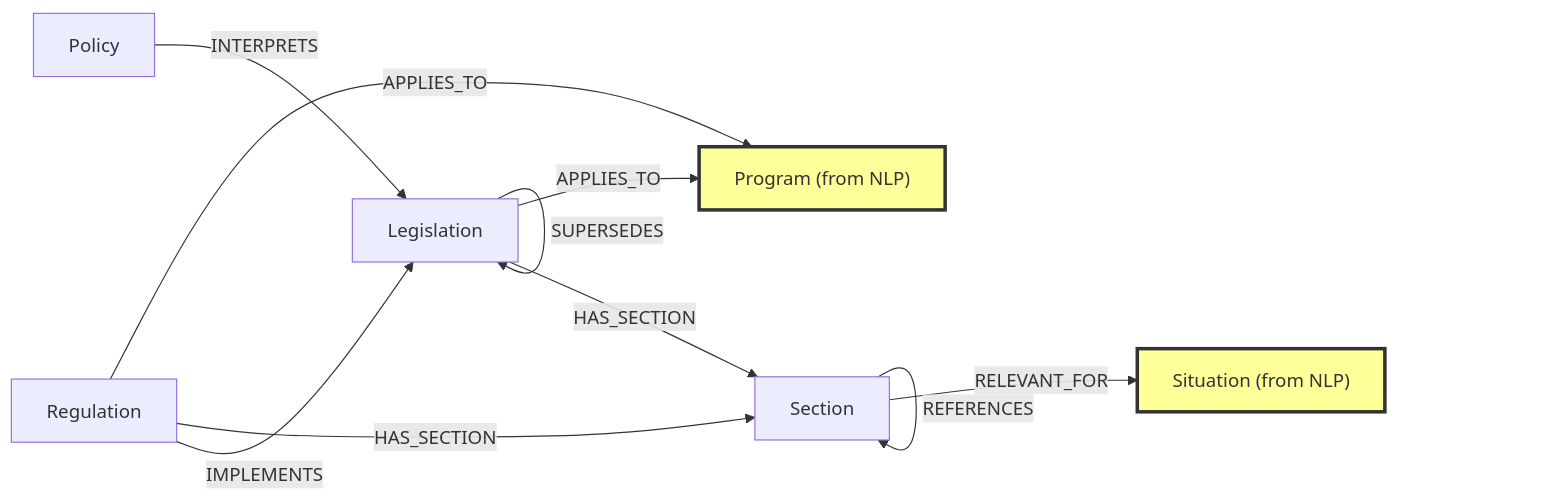
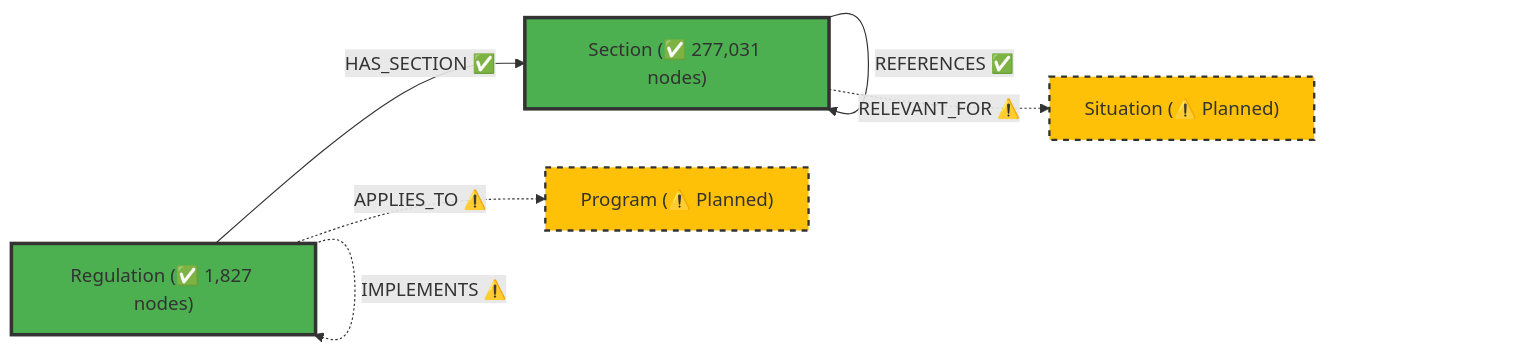
The fourth of 8 diagrams in docs/dev/KNOWLEDGE_GRAPH_AND_NLP_ARCHITECTURE.md (samjd-zz/regulatory-intelligence-assistant), drawn with Mermaid before and after one commit. The commit also changed other lines of this file and 23 other files, not shown here.

First line of the commit message:
feat: Complete knowledge graph architecture with node types and Policy support

````diff
--- a/docs/dev/KNOWLEDGE_GRAPH_AND_NLP_ARCHITECTURE.md
+++ b/docs/dev/KNOWLEDGE_GRAPH_AND_NLP_ARCHITECTURE.md
@@ -190,23 +208,19 @@
 ```mermaid
 flowchart LR
-    L["Legislation"]
-    R["Regulation"]
-    P["Policy"]
-    S["Section"]
-    PR["Program (from NLP)"]
-    SI["Situation (from NLP)"]
+    R["Regulation (✅ 1,827 nodes)"]
+    S["Section (✅ 277,031 nodes)"]
+    PR["Program (⚠️ Planned)"]
+    SI["Situation (⚠️ Planned)"]
     
-    R -->|IMPLEMENTS| L
-    P -->|INTERPRETS| L
-    L -->|SUPERSEDES| L
-    L -->|HAS_SECTION| S
-    R -->|HAS_SECTION| S
-    S -->|PART_OF| S
-    S -->|REFERENCES| S
-    L -->|APPLIES_TO| PR
-    R -->|APPLIES_TO| PR
-    S -->|RELEVANT_FOR| SI
+    R -->|HAS_SECTION ✅| S
+    S -->|PART_OF ✅| S
+    S -->|REFERENCES ✅| S
+    R -.->|APPLIES_TO ⚠️| PR
+    S -.->|RELEVANT_FOR ⚠️| SI
+    R -.->|IMPLEMENTS ⚠️| R
     
-    style PR fill:#ff9,stroke:#333,stroke-width:3px
-    style SI fill:#ff9,stroke:#333,stroke-width:3px
+    style R fill:#4CAF50,stroke:#333,stroke-width:3px
+    style S fill:#4CAF50,stroke:#333,stroke-width:3px
+    style PR fill:#FFC107,stroke:#333,stroke-width:2px,stroke-dasharray: 5 5
+    style SI fill:#FFC107,stroke:#333,stroke-width:2px,stroke-dasharray: 5 5
 ```
````
